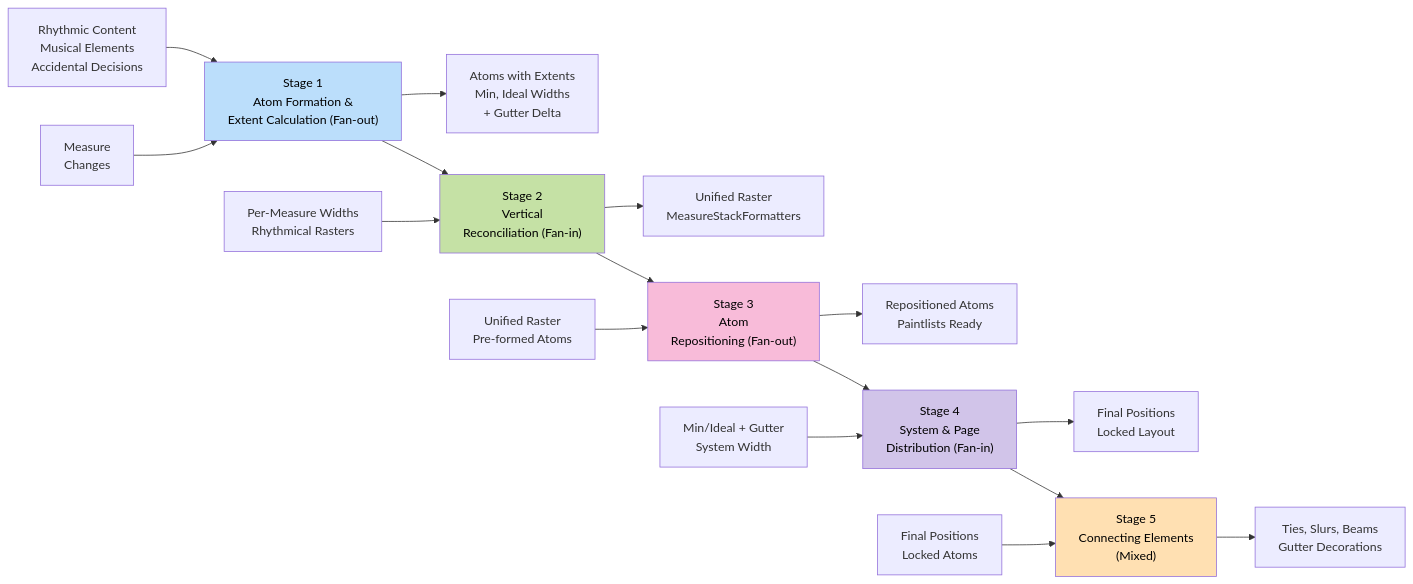
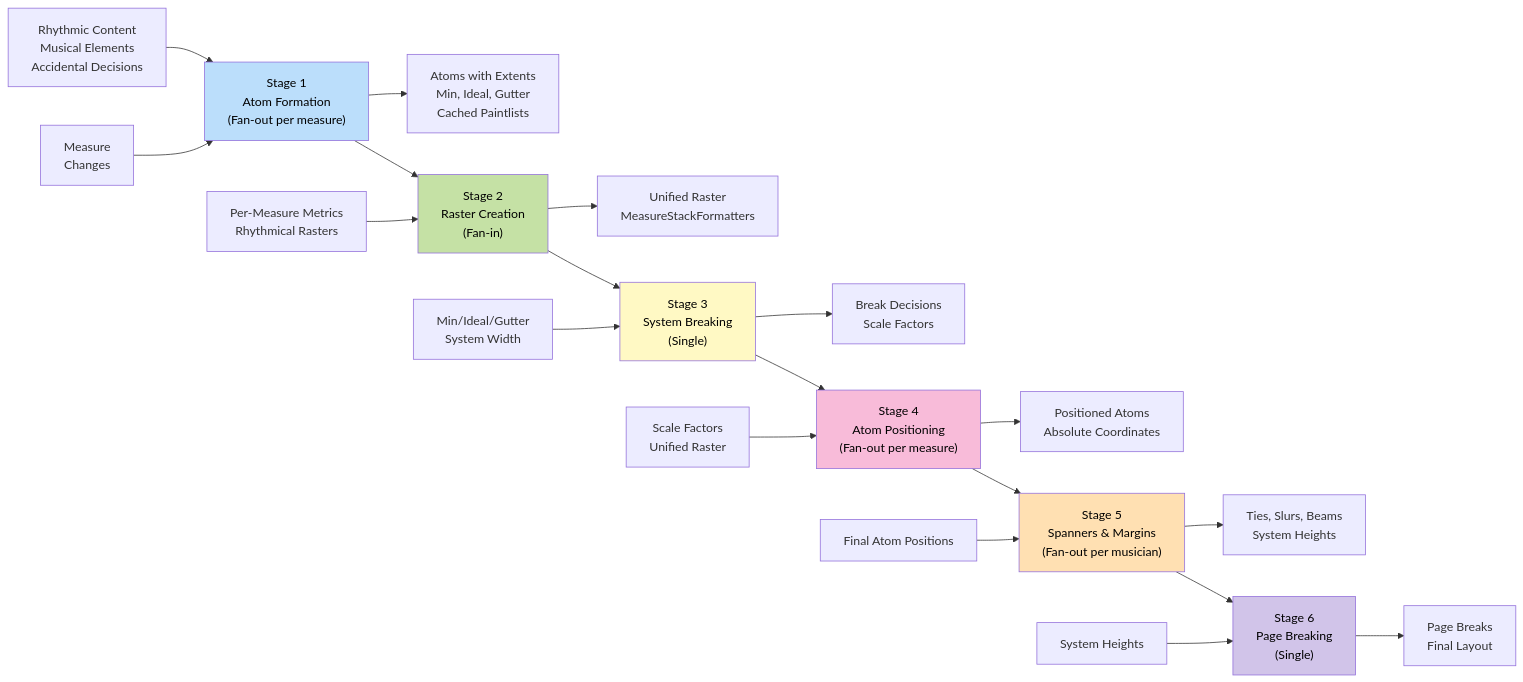
One commit to PeterBengtson/Ooloi-docs changed the first of 4 diagrams in ADRs/0028-Hierarchical-Rendering-Pipeline.md. Above: the diagram before and after it, drawn with Mermaid. The commit also changed other lines of this file and 2 other files, not shown here.

````diff
--- a/ADRs/0028-Hierarchical-Rendering-Pipeline.md
+++ b/ADRs/0028-Hierarchical-Rendering-Pipeline.md
@@ -68,29 +69,34 @@
 ```mermaid
 flowchart LR
-    A[Measure<br/>Changes] --> B["Stage 1<br/>Atom Formation &<br/>Extent Calculation (Fan-out)"]
-    B --> C["Stage 2<br/>Vertical<br/>Reconciliation (Fan-in)"]
-    C --> D["Stage 3<br/>Atom<br/>Repositioning (Fan-out)"]
-    D --> E["Stage 4<br/>System & Page<br/>Distribution (Fan-in)"]
-    E --> F["Stage 5<br/>Connecting Elements<br/>(Mixed)"]
+    A[Measure<br/>Changes] --> B["Stage 1<br/>Atom Formation<br/>(Fan-out per measure)"]
+    B --> C["Stage 2<br/>Raster Creation<br/>(Fan-in)"]
+    C --> D["Stage 3<br/>System Breaking<br/>(Single)"]
+    D --> E["Stage 4<br/>Atom Positioning<br/>(Fan-out per measure)"]
+    E --> F["Stage 5<br/>Spanners & Margins<br/>(Fan-out per musician)"]
+    F --> G["Stage 6<br/>Page Breaking<br/>(Single)"]
 
     B1[Rhythmic Content<br/>Musical Elements<br/>Accidental Decisions] --> B
-    B --> B2[Atoms with Extents<br/>Min, Ideal Widths<br/>+ Gutter Delta]
+    B --> B2[Atoms with Extents<br/>Min, Ideal, Gutter<br/>Cached Paintlists]
 
-    C1[Per-Measure Widths<br/>Rhythmical Rasters] --> C
+    C1[Per-Measure Metrics<br/>Rhythmical Rasters] --> C
     C --> C2[Unified Raster<br/>MeasureStackFormatters]
 
-    D1[Unified Raster<br/>Pre-formed Atoms] --> D
-    D --> D2[Repositioned Atoms<br/>Paintlists Ready]
+    D1[Min/Ideal/Gutter<br/>System Width] --> D
+    D --> D2[Break Decisions<br/>Scale Factors]
 
-    E1[Min/Ideal + Gutter<br/>System Width] --> E
-    E --> E2[Final Positions<br/>Locked Layout]
+    E1[Scale Factors<br/>Unified Raster] --> E
+    E --> E2[Positioned Atoms<br/>Absolute Coordinates]
 
-    F1[Final Positions<br/>Locked Atoms] --> F
-    F --> F2[Ties, Slurs, Beams<br/>Gutter Decorations]
+    F1[Final Atom Positions] --> F
+    F --> F2[Ties, Slurs, Beams<br/>System Heights]
+
+    G1[System Heights] --> G
+    G --> G2[Page Breaks<br/>Final Layout]
 
     style B fill:#bbdefb,color:#000
     style C fill:#c5e1a5,color:#000
-    style D fill:#f8bbd9,color:#000
-    style E fill:#d1c4e9,color:#000
+    style D fill:#fff9c4,color:#000
+    style E fill:#f8bbd9,color:#000
     style F fill:#ffe0b2,color:#000
+    style G fill:#d1c4e9,color:#000
 ```
````
